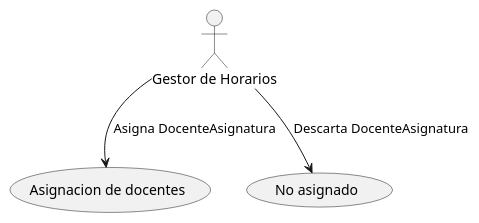
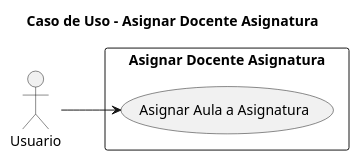
One commit to mmasias/23-24-IdSw1-SDR changed the diagram in Casos de Uso/Asignacion de docente.puml. Above: the diagram before and after it, drawn with PlantUML. The commit also changed 41 other files, not shown here.

```diff
--- a/Casos de Uso/Asignacion de docente.puml
+++ b/Casos de Uso/Asignacion de docente.puml
@@ -1,10 +1,11 @@
 @startuml
-actor "Gestor de Horarios" as A
+title Caso de Uso - Asignar Docente Asignatura
+left to right direction
+actor Usuario as cust
 
-usecase "Asignacion de docentes" as UC1
-usecase "No asignado" as UC2
+rectangle "Asignar Docente Asignatura" {
+    usecase "Asignar Aula a Asignatura" as OP1
+}
 
-A --> UC1 : Asigna DocenteAsignatura
-A --> UC2 : Descarta DocenteAsignatura
-
+cust --> OP1
 @enduml
```
